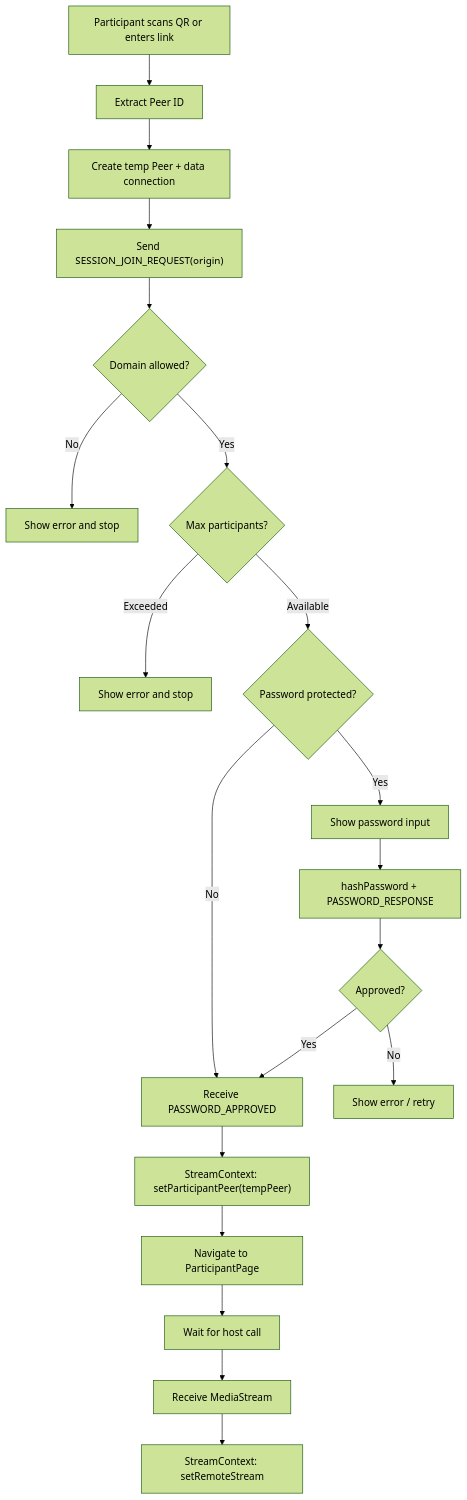
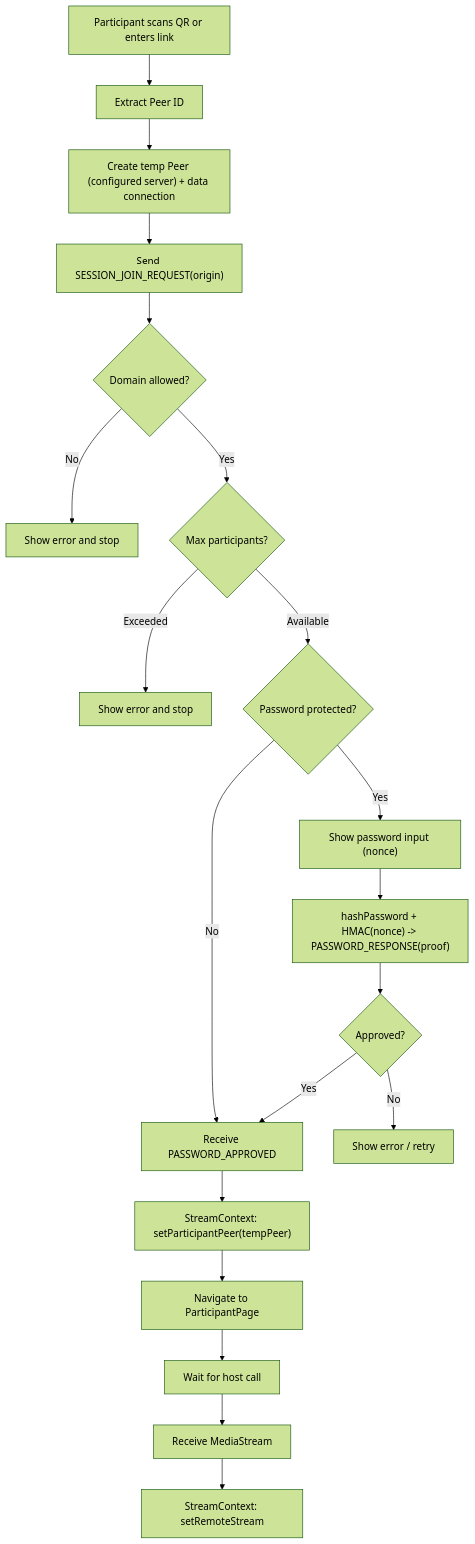
Before and after one commit to BackGwa/Perspective: the fourth of 9 diagrams in ARCHITECTURE.md, drawn with Mermaid (forest theme). The commit also changed other lines of this file and 3 other files, not shown here.

First line of the commit message:
Enhance password security with HMAC verification

````diff
--- a/ARCHITECTURE.md
+++ b/ARCHITECTURE.md
@@ -124,26 +126,26 @@
 ```mermaid
 flowchart TD
     A[Participant scans QR or enters link] --> B[Extract Peer ID]
-    B --> C[Create temp Peer + data connection]
+    B --> C["Create temp Peer (configured server) + data connection"]
     C --> D["Send SESSION_JOIN_REQUEST(origin)"]
     D --> F{Domain allowed?}
 
     F -->|No| G[Show error and stop]
     F -->|Yes| H{Max participants?}
 
     H -->|Exceeded| I[Show error and stop]
     H -->|Available| J{Password protected?}
 
     J -->|No| K[Receive PASSWORD_APPROVED]
-    J -->|Yes| L[Show password input]
-    L --> M[hashPassword + PASSWORD_RESPONSE]
+    J -->|Yes| L["Show password input (nonce)"]
+    L --> M["hashPassword + HMAC(nonce) -> PASSWORD_RESPONSE(proof)"]
     M --> N{Approved?}
     N -->|No| O[Show error / retry]
     N -->|Yes| K
 
     K --> P["StreamContext: setParticipantPeer(tempPeer)"]
     P --> Q[Navigate to ParticipantPage]
     Q --> R[Wait for host call]
     R --> S[Receive MediaStream]
     S --> T[StreamContext: setRemoteStream]
 ```
````
